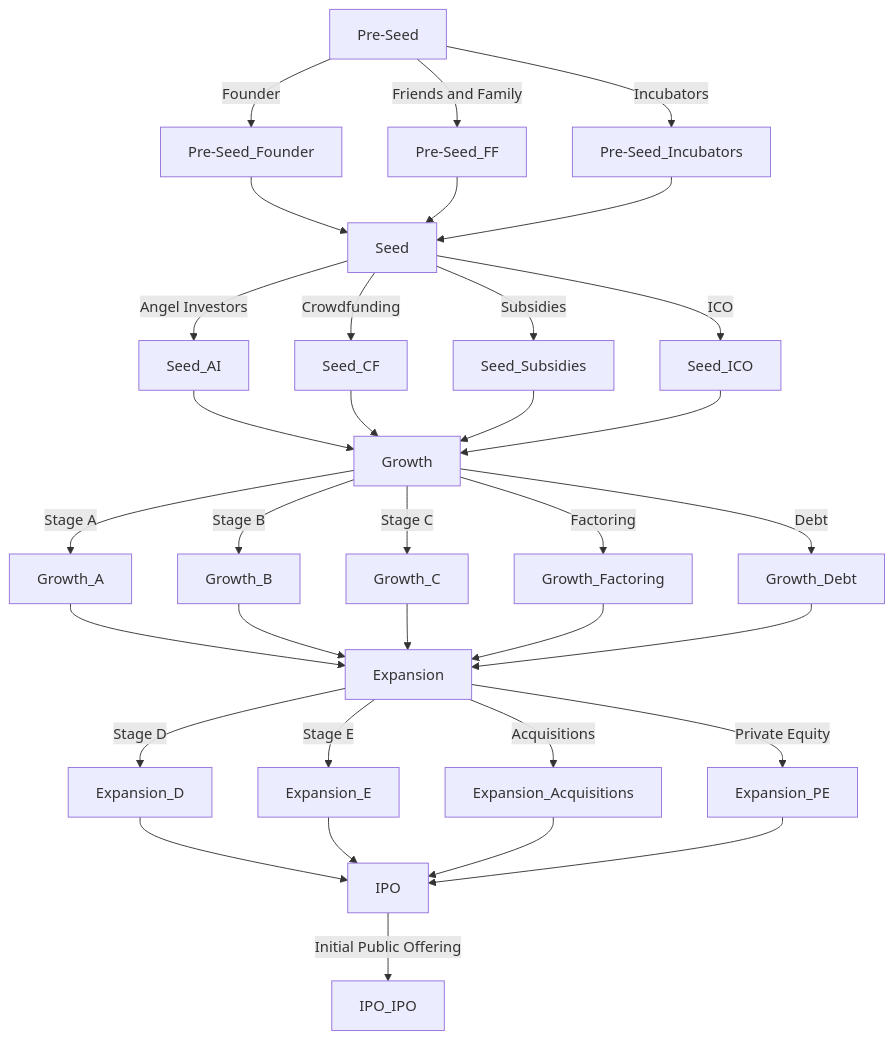
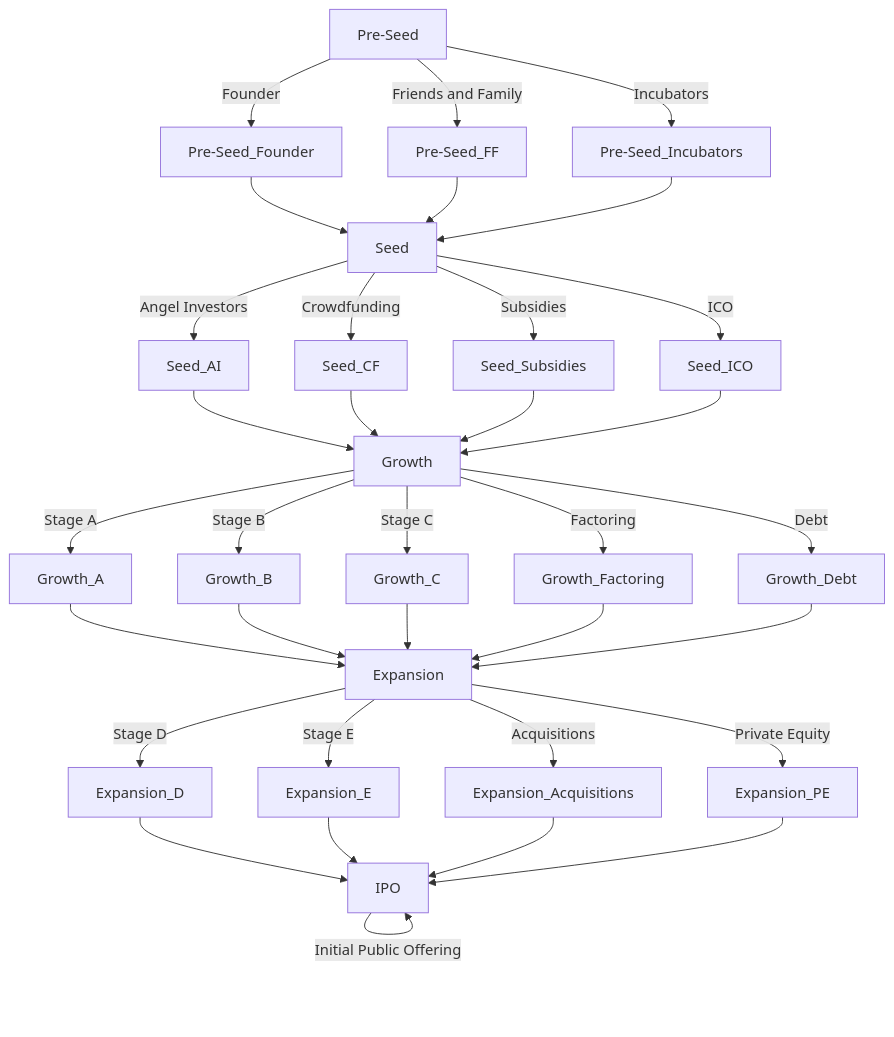
One commit to random-goose/Notes-Vault changed the diagram in IIPME III.md. Above: the diagram before and after it, drawn with Mermaid. The commit also changed other lines of this file and 1 other file, not shown here.

Commit message:
vault backup: 2024-07-18 19:16:25

````diff
--- a/IIPME III.md
+++ b/IIPME III.md
@@ -29,45 +29,45 @@
 ```mermaid
 flowchart TD
     Pre-Seed --> |Founder| Pre-Seed_Founder
     Pre-Seed --> |Friends and Family| Pre-Seed_FF
     Pre-Seed --> |Incubators| Pre-Seed_Incubators
     
     Seed --> |Angel Investors| Seed_AI
     Seed --> |Crowdfunding| Seed_CF
     Seed --> |Subsidies| Seed_Subsidies
     Seed --> |ICO| Seed_ICO
     
     Growth --> |Stage A| Growth_A
     Growth --> |Stage B| Growth_B
     Growth --> |Stage C| Growth_C
     Growth --> |Factoring| Growth_Factoring
     Growth --> |Debt| Growth_Debt
     
     Expansion --> |Stage D| Expansion_D
     Expansion --> |Stage E| Expansion_E
     Expansion --> |Acquisitions| Expansion_Acquisitions
     Expansion --> |Private Equity| Expansion_PE
     
-    IPO --> |Initial Public Offering| IPO_IPO
+    IPO --> |Initial Public Offering| IPO
 
     Pre-Seed_Founder --> Seed
     Pre-Seed_FF --> Seed
     Pre-Seed_Incubators --> Seed
 
     Seed_AI --> Growth
     Seed_CF --> Growth
     Seed_Subsidies --> Growth
     Seed_ICO --> Growth
 
     Growth_A --> Expansion
     Growth_B --> Expansion
     Growth_C --> Expansion
     Growth_Factoring --> Expansion
     Growth_Debt --> Expansion
 
     Expansion_D --> IPO
     Expansion_E --> IPO
     Expansion_Acquisitions --> IPO
     Expansion_PE --> IPO
 
 ```
````
